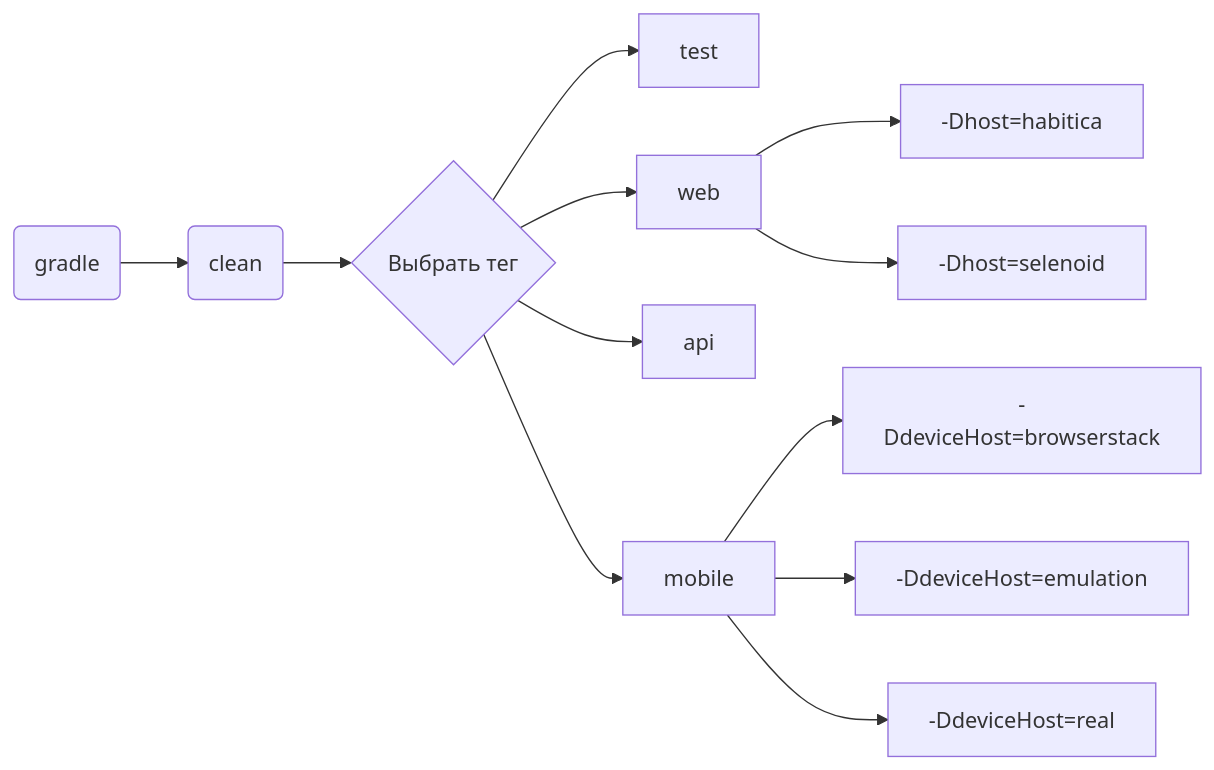
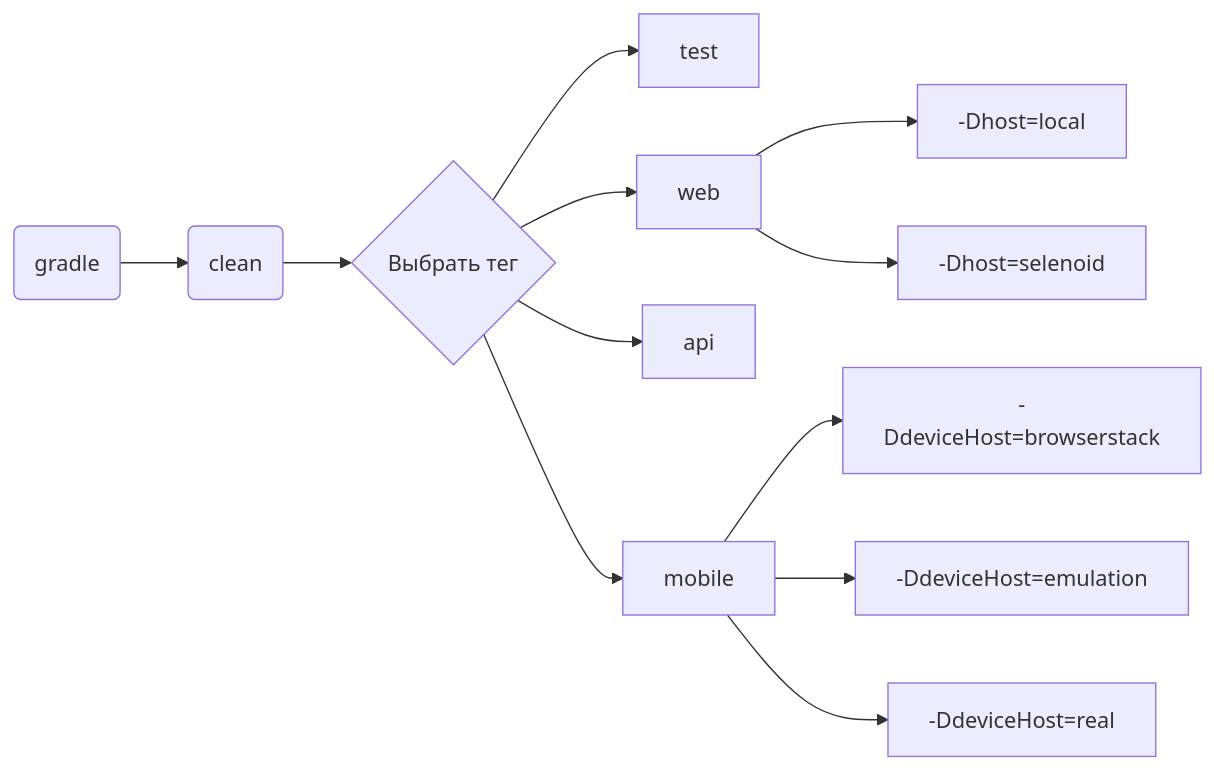
Before and after one commit to Gan9leri/habitica-patent: the diagram in README.md, drawn with Mermaid.

````diff
--- a/README.md
+++ b/README.md
@@ -110,14 +110,14 @@
 ```mermaid 
 flowchart LR
     A(gradle) --> B(clean)
     B --> C{Выбрать тег}
     C --> D[test]
     C --> E[web]
     C --> F[api]
     C --> G[mobile]
-    E --> H[-Dhost=habitica]
+    E --> H[-Dhost=local]
     E --> I[-Dhost=selenoid]
     G --> J[-DdeviceHost=browserstack]
     G --> K[-DdeviceHost=emulation]
     G --> L[-DdeviceHost=real]
 ```
````
